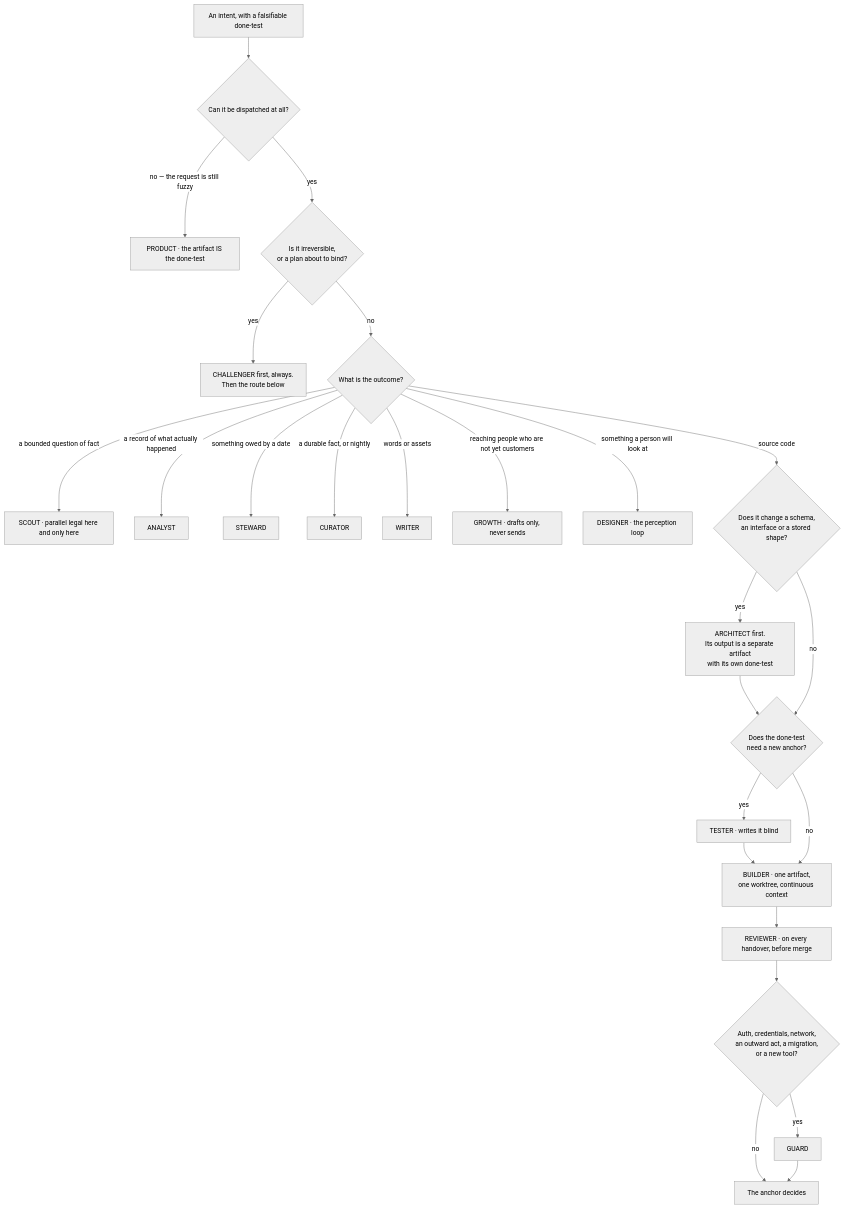
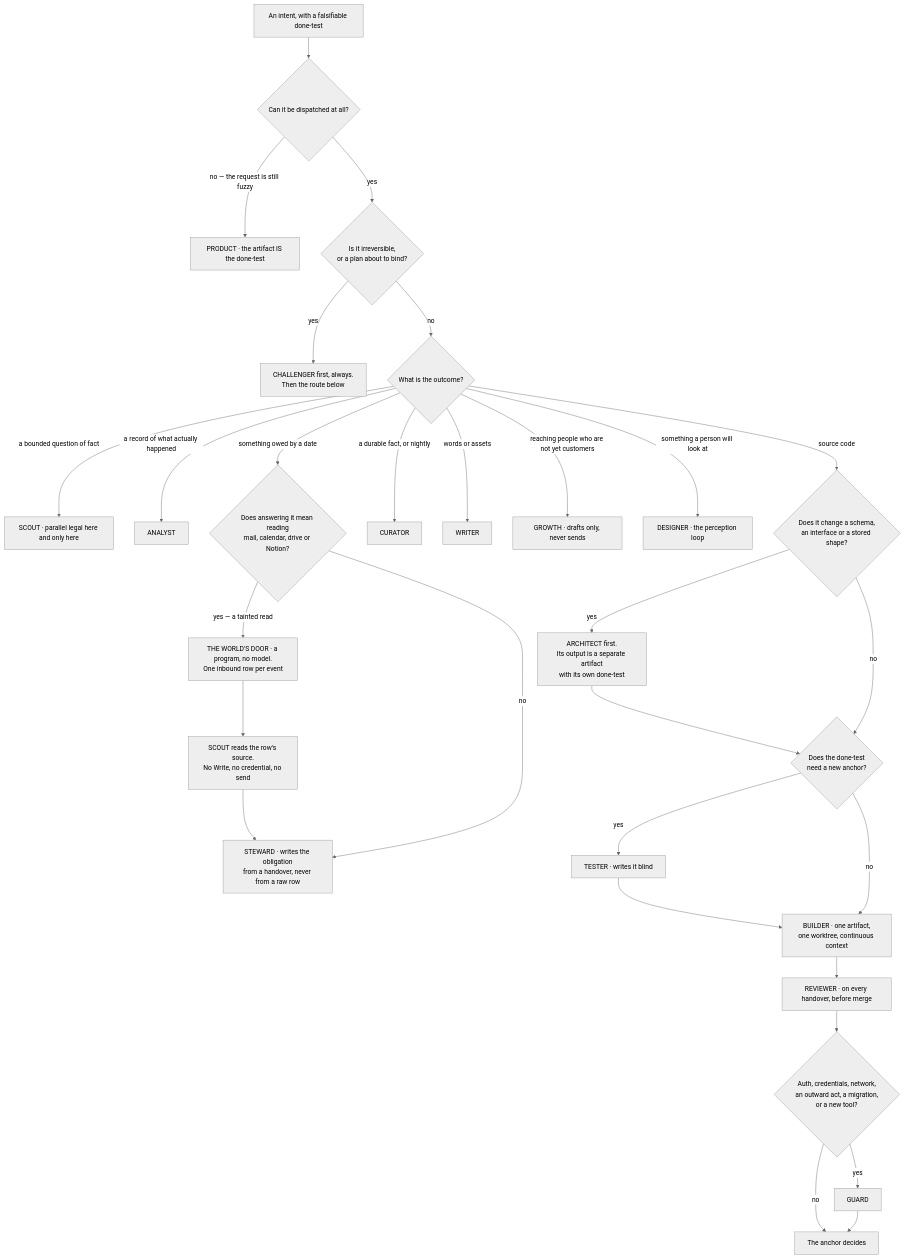
One commit to Adam077K/agentvibe changed the diagram in docs/03-system-design/final-v2/parts/05-roster.md. Above: the diagram before and after it, drawn with Mermaid (neutral theme). The commit also changed other lines of this file and 2 other files, not shown here.

First line of the commit message:
docs(final-v2): v38–v41 — read-back and briefing placed, the website is served on the Mac, maxTurns and isolation defaults; builder 4's eight files

````diff
--- a/docs/03-system-design/final-v2/parts/05-roster.md
+++ b/docs/03-system-design/final-v2/parts/05-roster.md
@@ -202,29 +232,33 @@
 ```mermaid
 flowchart TD
     I["An intent, with a falsifiable done-test"] --> Z{"Can it be dispatched at all?"}
     Z -->|"no — the request is still fuzzy"| PRODUCT["PRODUCT · the artifact IS the done-test"]
     Z -->|"yes"| Y{"Is it irreversible,<br/>or a plan about to bind?"}
     Y -->|"yes"| CHAL["CHALLENGER first, always.<br/>Then the route below"]
     Y -->|"no"| W{"What is the outcome?"}
 
     W -->|"a bounded question of fact"| SCOUT["SCOUT · parallel legal here and only here"]
     W -->|"a record of what actually happened"| ANALYST["ANALYST"]
-    W -->|"something owed by a date"| STEW["STEWARD"]
+    W -->|"something owed by a date"| T{"Does answering it mean reading<br/>mail, calendar, drive or Notion?"}
+    T -->|"yes — a tainted read"| DOOR["THE WORLD'S DOOR · a program, no model.<br/>One inbound row per event"]
+    DOOR --> SC2["SCOUT reads the row's source.<br/>No Write, no credential, no send"]
+    SC2 --> STEW
+    T -->|"no"| STEW["STEWARD · writes the obligation<br/>from a handover, never from a raw row"]
     W -->|"a durable fact, or nightly"| CUR["CURATOR"]
     W -->|"words or assets"| WRITER["WRITER"]
     W -->|"reaching people who are not yet customers"| GROWTH["GROWTH · drafts only, never sends"]
     W -->|"something a person will look at"| DESIGNER["DESIGNER · the perception loop"]
     W -->|"source code"| S1{"Does it change a schema,<br/>an interface or a stored shape?"}
 
     S1 -->|"yes"| ARCH["ARCHITECT first.<br/>Its output is a separate artifact<br/>with its own done-test"]
     ARCH --> S2
     S1 -->|"no"| S2{"Does the done-test<br/>need a new anchor?"}
     S2 -->|"yes"| TESTER["TESTER · writes it blind"]
     TESTER --> BUILD
     S2 -->|"no"| BUILD["BUILDER · one artifact,<br/>one worktree, continuous context"]
     BUILD --> REV["REVIEWER · on every handover, before merge"]
     REV --> G{"Auth, credentials, network,<br/>an outward act, a migration,<br/>or a new tool?"}
     G -->|"yes"| GUARD["GUARD"]
     G -->|"no"| DONE["The anchor decides"]
     GUARD --> DONE
 ```
````
